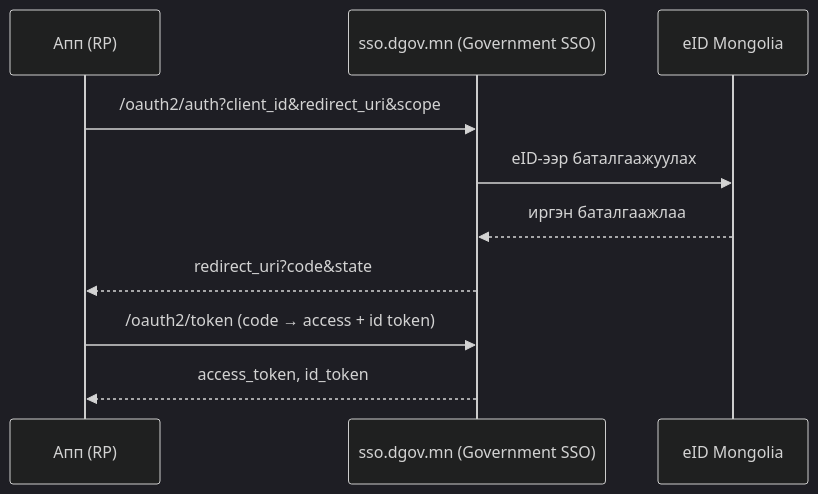
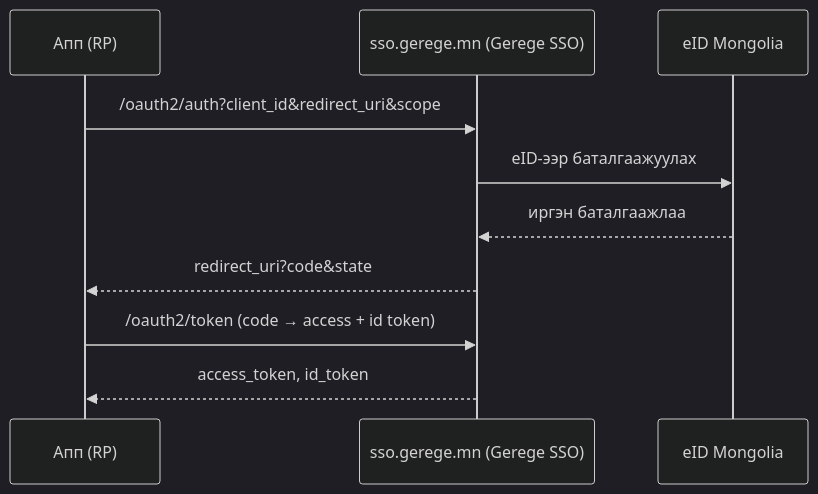
One commit to gerege-systems/developer-dgov-mn changed the diagram in docs-site/docs/authentication.md. Above: the diagram before and after it, drawn with Mermaid (dark theme). The commit also changed other lines of this file and 663 other files, not shown here.

````diff
--- a/docs-site/docs/authentication.md
+++ b/docs-site/docs/authentication.md
@@ -25,12 +25,12 @@
 ```mermaid
 sequenceDiagram
   participant App as Апп (RP)
-  participant SSO as sso.dgov.mn (Government SSO)
+  participant SSO as sso.gerege.mn (Gerege SSO)
   participant eID as eID Mongolia
   App->>SSO: /oauth2/auth?client_id&redirect_uri&scope
   SSO->>eID: eID-ээр баталгаажуулах
   eID-->>SSO: иргэн баталгаажлаа
   SSO-->>App: redirect_uri?code&state
   App->>SSO: /oauth2/token (code → access + id token)
   SSO-->>App: access_token, id_token
 ```
````
